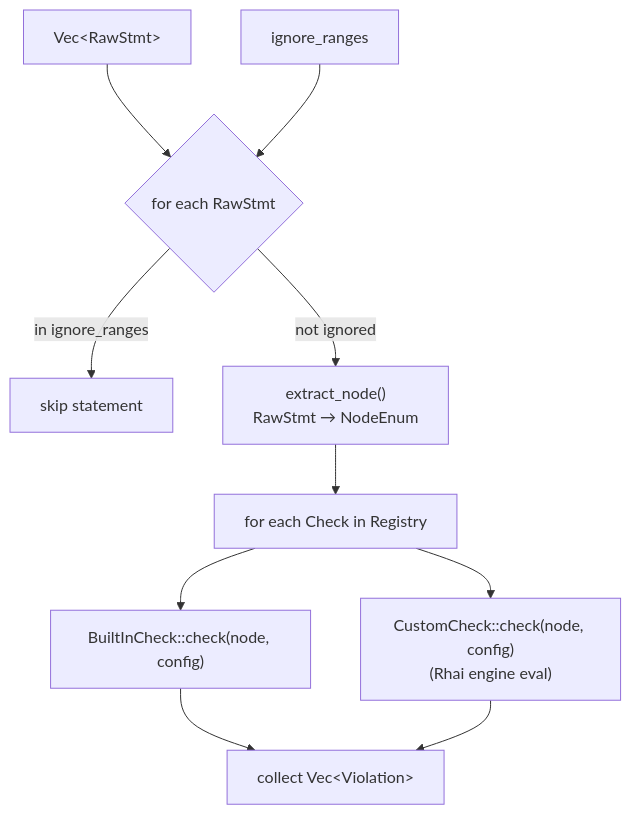
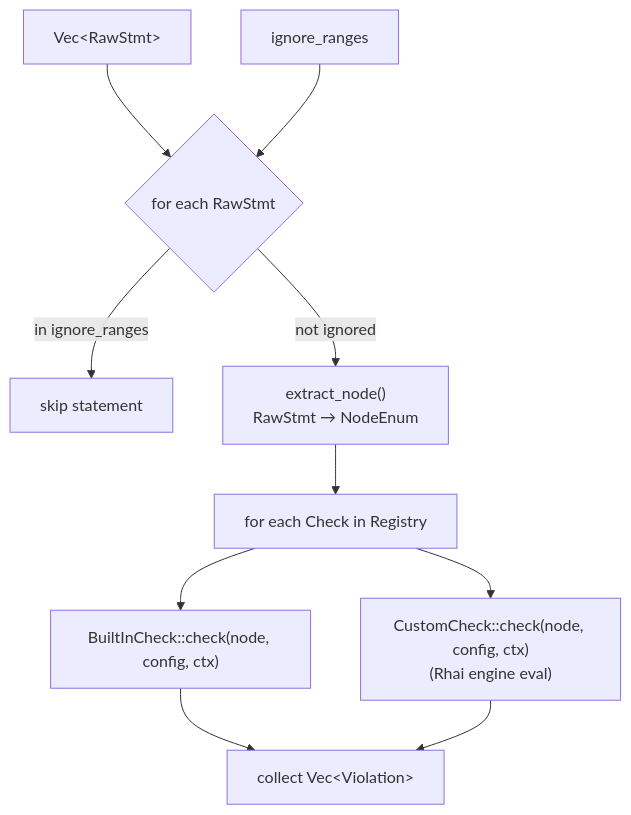
One commit to ayarotsky/diesel-guard changed the second of 3 diagrams in CONTRIBUTING.md. Above: the diagram before and after it, drawn with Mermaid. The commit also changed other lines of this file and 47 other files, not shown here.

````diff
--- a/CONTRIBUTING.md
+++ b/CONTRIBUTING.md
@@ -23,16 +23,16 @@
 ```mermaid
 flowchart TD
     STMTS["Vec&lt;RawStmt&gt;"] --> LOOP
     IGN["ignore_ranges"] --> LOOP
 
     LOOP{"for each RawStmt"}
     LOOP -->|in ignore_ranges| SKIP["skip statement"]
     LOOP -->|not ignored| EN["extract_node()<br/>RawStmt → NodeEnum"]
 
     EN --> FAN["for each Check in Registry"]
-    FAN --> BI["BuiltInCheck::check(node, config)"]
-    FAN --> RH["CustomCheck::check(node, config)<br/>(Rhai engine eval)"]
+    FAN --> BI["BuiltInCheck::check(node, config, ctx)"]
+    FAN --> RH["CustomCheck::check(node, config, ctx)<br/>(Rhai engine eval)"]
 
     BI --> COLL["collect Vec&lt;Violation&gt;"]
     RH --> COLL
 ```
````
